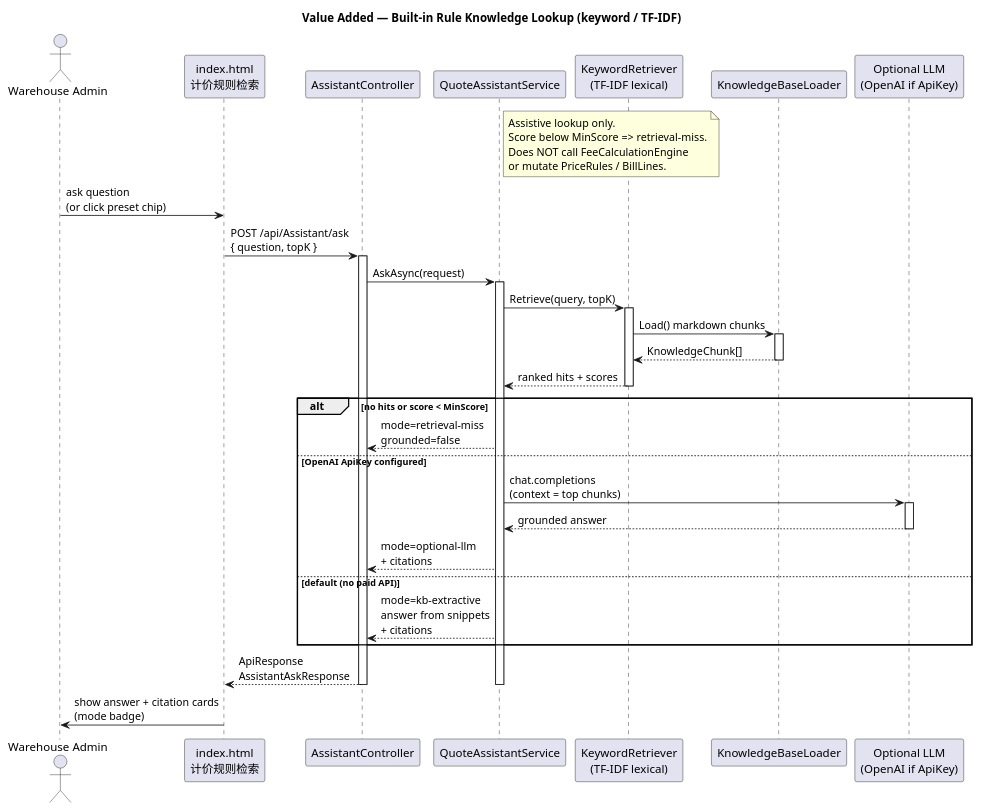
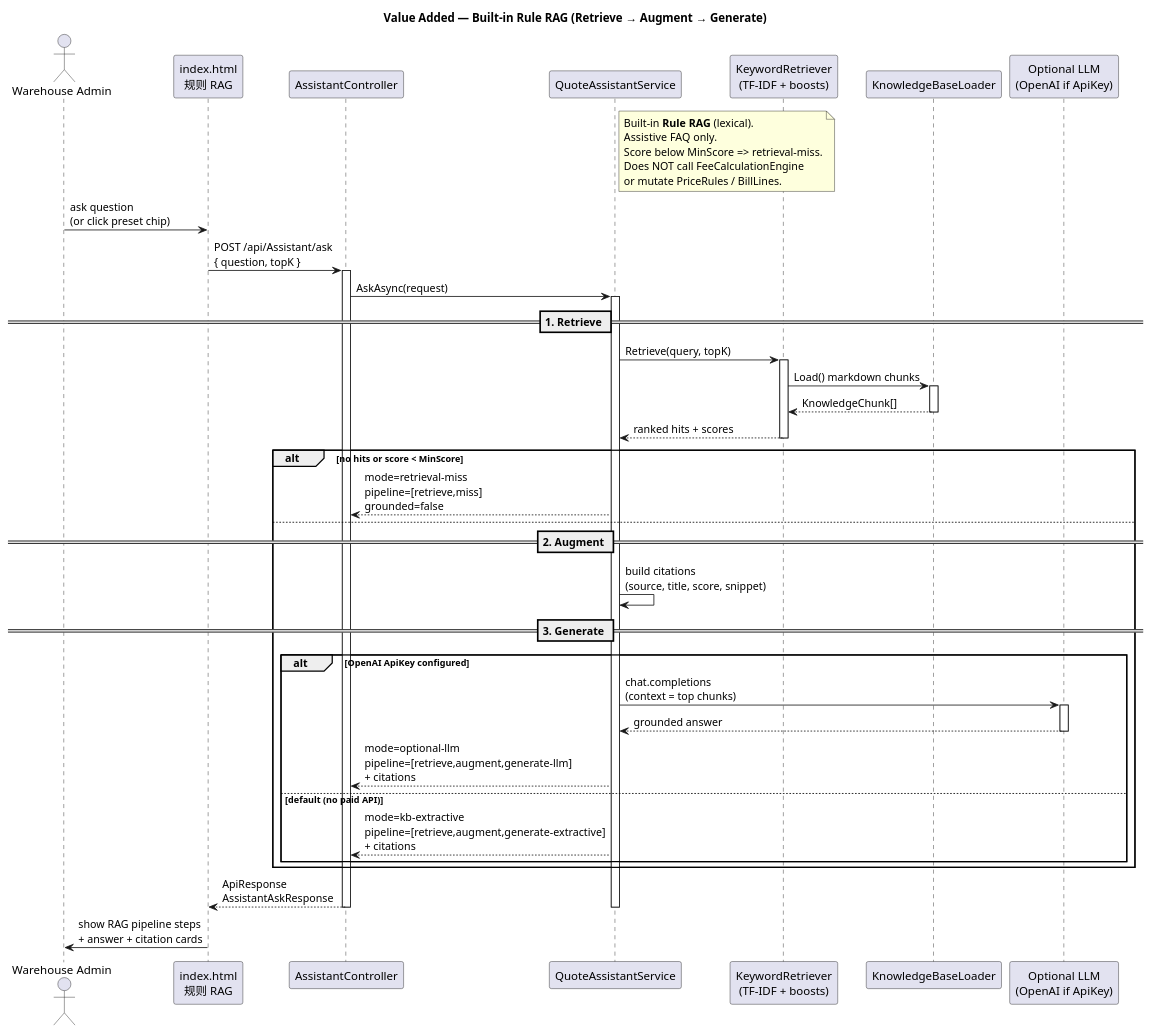
Before and after one commit to chenyuxiangAK47/cloudwarehouse-csharp: the diagram in docs/diagrams/15-sequence-quote-assistant-rag.puml, drawn with PlantUML. The commit also changed other lines of this file and 98 other files, not shown here.

```diff
--- a/docs/diagrams/15-sequence-quote-assistant-rag.puml
+++ b/docs/diagrams/15-sequence-quote-assistant-rag.puml
@@ -1,50 +1,59 @@
-@startuml CloudWarehouse_Sequence_Rule_Knowledge_Lookup
-title Value Added — Built-in Rule Knowledge Lookup (keyword / TF-IDF)
+@startuml CloudWarehouse_Sequence_Rule_RAG
+title Value Added — Built-in Rule RAG (Retrieve → Augment → Generate)
 
 actor "Warehouse Admin" as User
-participant "index.html\n计价规则检索" as UI
+participant "index.html\n规则 RAG" as UI
 participant "AssistantController" as AC
 participant "QuoteAssistantService" as QA
-participant "KeywordRetriever\n(TF-IDF lexical)" as Ret
+participant "KeywordRetriever\n(TF-IDF + boosts)" as Ret
 participant "KnowledgeBaseLoader" as KB
 participant "Optional LLM\n(OpenAI if ApiKey)" as LLM
 note right of QA
-  Assistive lookup only.
+  Built-in **Rule RAG** (lexical).
+  Assistive FAQ only.
   Score below MinScore => retrieval-miss.
   Does NOT call FeeCalculationEngine
   or mutate PriceRules / BillLines.
 end note
 
 User -> UI : ask question\n(or click preset chip)
 UI -> AC : POST /api/Assistant/ask\n{ question, topK }
 activate AC
 AC -> QA : AskAsync(request)
 activate QA
 
+== 1. Retrieve ==
 QA -> Ret : Retrieve(query, topK)
 activate Ret
 Ret -> KB : Load() markdown chunks
 activate KB
 KB --> Ret : KnowledgeChunk[]
 deactivate KB
 Ret --> QA : ranked hits + scores
 deactivate Ret
 
 alt no hits or score < MinScore
-  QA --> AC : mode=retrieval-miss\ngrounded=false
-else OpenAI ApiKey configured
-  QA -> LLM : chat.completions\n(context = top chunks)
-  activate LLM
-  LLM --> QA : grounded answer
-  deactivate LLM
-  QA --> AC : mode=optional-llm\n+ citations
-else default (no paid API)
-  QA --> AC : mode=kb-extractive\nanswer from snippets\n+ citations
+  QA --> AC : mode=retrieval-miss\npipeline=[retrieve,miss]\ngrounded=false
+else
+
+== 2. Augment ==
+QA -> QA : build citations\n(source, title, score, snippet)
+
+== 3. Generate ==
+  alt OpenAI ApiKey configured
+    QA -> LLM : chat.completions\n(context = top chunks)
+    activate LLM
+    LLM --> QA : grounded answer
+    deactivate LLM
+    QA --> AC : mode=optional-llm\npipeline=[retrieve,augment,generate-llm]\n+ citations
+  else default (no paid API)
+    QA --> AC : mode=kb-extractive\npipeline=[retrieve,augment,generate-extractive]\n+ citations
+  end
 end
 
 AC --> UI : ApiResponse\nAssistantAskResponse
 deactivate QA
 deactivate AC
-UI -> User : show answer + citation cards\n(mode badge)
+UI -> User : show RAG pipeline steps\n+ answer + citation cards
 
 @enduml
```
